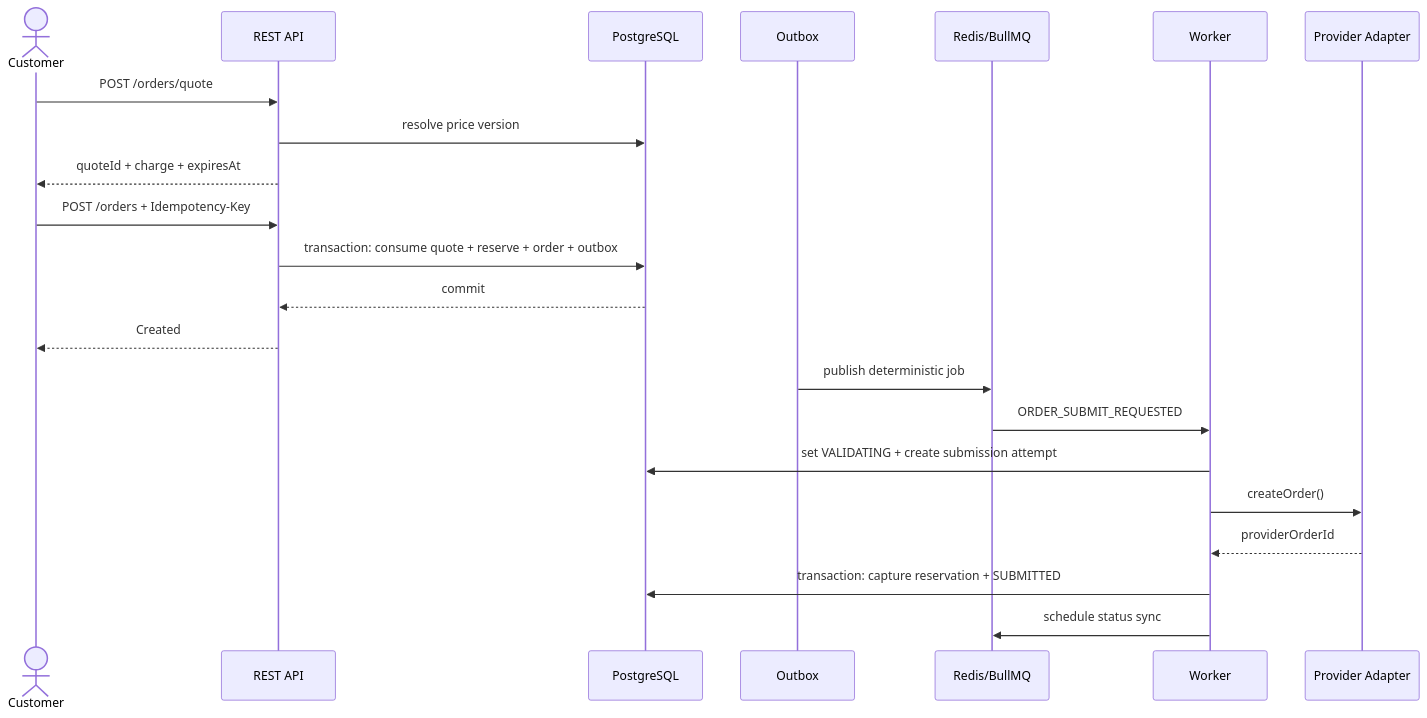
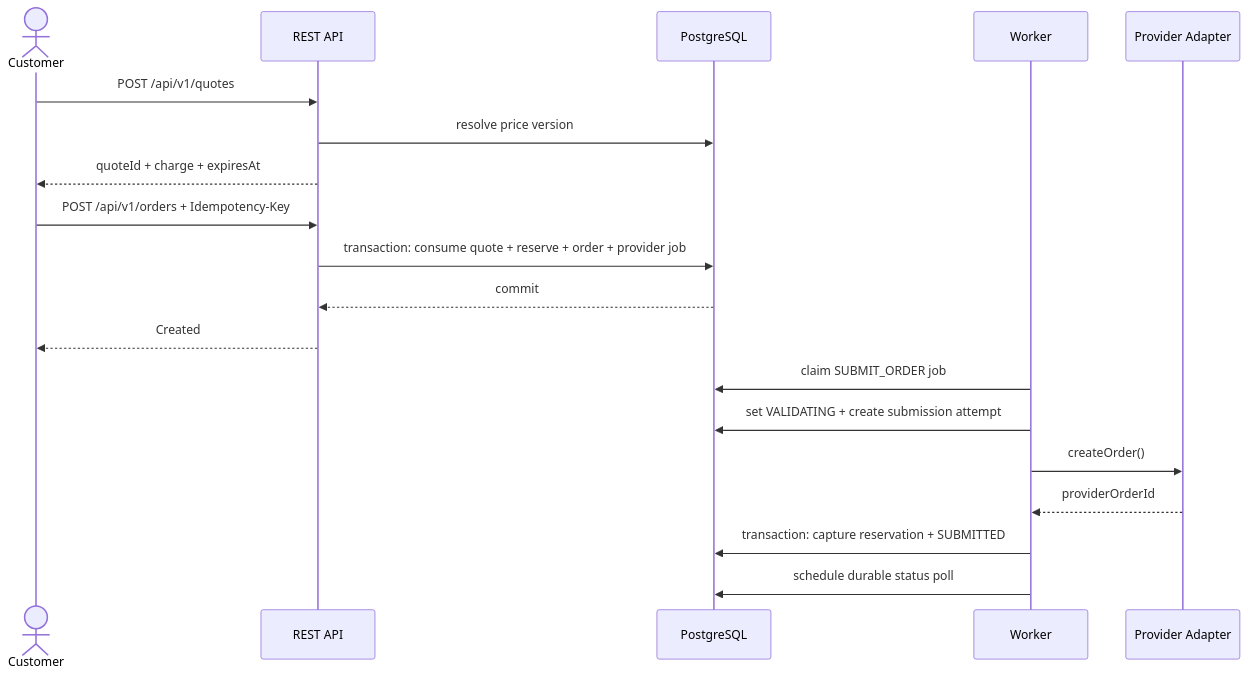
Before and after one commit to NhatTiens/ttc: the second of 2 diagrams in docs/architecture/ARCHITECTURE.md, drawn with Mermaid. The commit also changed other lines of this file and 85 other files, not shown here.

Commit message:
Complete Work 07 wallet reservation and quote architecture

````diff
--- a/docs/architecture/ARCHITECTURE.md
+++ b/docs/architecture/ARCHITECTURE.md
@@ -176,27 +155,24 @@
 ```mermaid
 sequenceDiagram
   actor C as Customer
   participant API as REST API
   participant DB as PostgreSQL
-  participant O as Outbox
-  participant Q as Redis/BullMQ
   participant WK as Worker
   participant P as Provider Adapter
 
-  C->>API: POST /orders/quote
+  C->>API: POST /api/v1/quotes
   API->>DB: resolve price version
   API-->>C: quoteId + charge + expiresAt
 
-  C->>API: POST /orders + Idempotency-Key
-  API->>DB: transaction: consume quote + reserve + order + outbox
+  C->>API: POST /api/v1/orders + Idempotency-Key
+  API->>DB: transaction: consume quote + reserve + order + provider job
   DB-->>API: commit
   API-->>C: Created
 
-  O->>Q: publish deterministic job
-  Q->>WK: ORDER_SUBMIT_REQUESTED
+  WK->>DB: claim SUBMIT_ORDER job
   WK->>DB: set VALIDATING + create submission attempt
   WK->>P: createOrder()
   P-->>WK: providerOrderId
   WK->>DB: transaction: capture reservation + SUBMITTED
-  WK->>Q: schedule status sync
+  WK->>DB: schedule durable status poll
 ```
````
